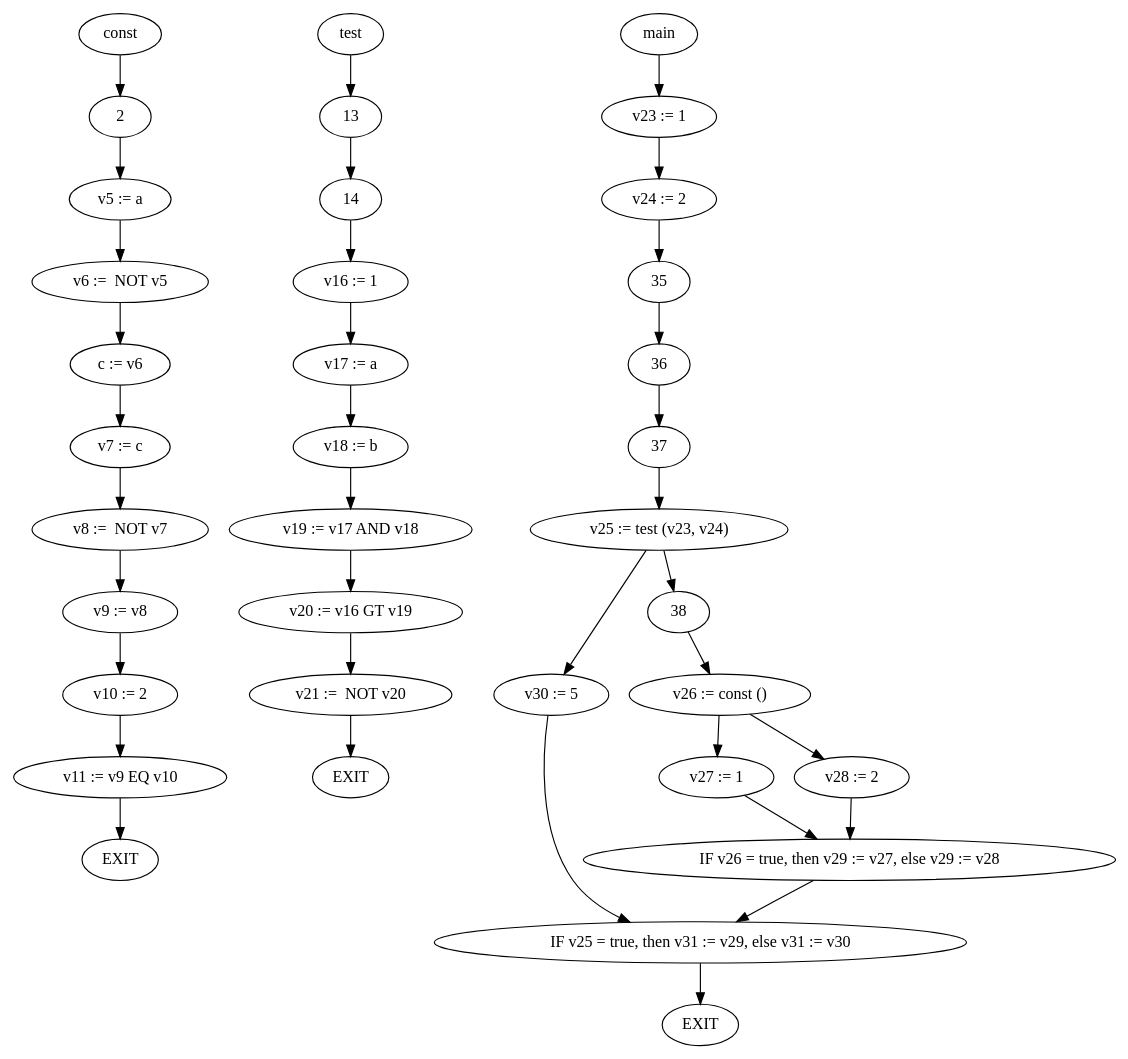
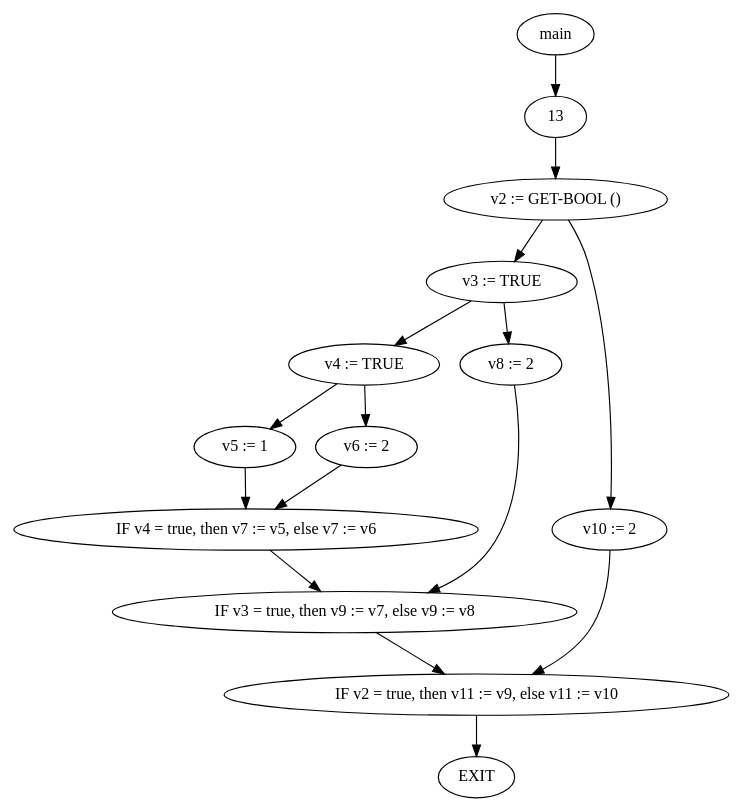
One commit to fa21i/cop5621 changed the diagram in cfg.dot. Above: the diagram before and after it, drawn with Graphviz. The commit also changed 24 other files, not shown here.

```diff
--- a/cfg.dot
+++ b/cfg.dot
@@ -1,66 +1,29 @@
 digraph print {
-1 [label="const"];
-4 [label="c := v6"];
-5 [label="v5 := a"];
-6 [label="v6 :=  NOT v5"];
-7 [label="v7 := c"];
-8 [label="v8 :=  NOT v7"];
-9 [label="v9 := v8"];
+1 [label="main"];
+2 [label="v2 := GET-BOOL ()"];
+3 [label="v3 := TRUE"];
+4 [label="v4 := TRUE"];
+5 [label="v5 := 1"];
+6 [label="v6 := 2"];
+7 [label="IF v4 = true, then v7 := v5, else v7 := v6"];
+8 [label="v8 := 2"];
+9 [label="IF v3 = true, then v9 := v7, else v9 := v8"];
 10 [label="v10 := 2"];
-11 [label="v11 := v9 EQ v10"];
-12 [label="test"];
-16 [label="v16 := 1"];
-17 [label="v17 := a"];
-18 [label="v18 := b"];
-19 [label="v19 := v17 AND v18"];
-20 [label="v20 := v16 GT v19"];
-21 [label="v21 :=  NOT v20"];
-22 [label="main"];
-23 [label="v23 := 1"];
-24 [label="v24 := 2"];
-25 [label="v25 := test (v23, v24)"];
-26 [label="v26 := const ()"];
-27 [label="v27 := 1"];
-28 [label="v28 := 2"];
-29 [label="IF v26 = true, then v29 := v27, else v29 := v28"];
-30 [label="v30 := 5"];
-31 [label="IF v25 = true, then v31 := v29, else v31 := v30"];
-32 [label="EXIT"];
-33 [label="EXIT"];
-34 [label="EXIT"];
-1->2
-11->34
-12->13
-13->14
-21->33
-31->32
-9->10
+11 [label="IF v2 = true, then v11 := v9, else v11 := v10"];
+12 [label="EXIT"];
+11->12
+1->13
+2->10
+9->11
 10->11
-20->21
-25->30
-29->31
-30->31
-6->4
+13->2
+2->3
+3->8
+7->9
 8->9
-14->16
-19->20
-22->23
-23->24
-24->35
-35->36
-36->37
-37->25
-25->38
-26->27
-26->28
-27->29
-28->29
-2->5
-5->6
-4->7
-7->8
-16->17
-17->18
-18->19
-38->26
+3->4
+4->5
+4->6
+5->7
+6->7
 }
```
